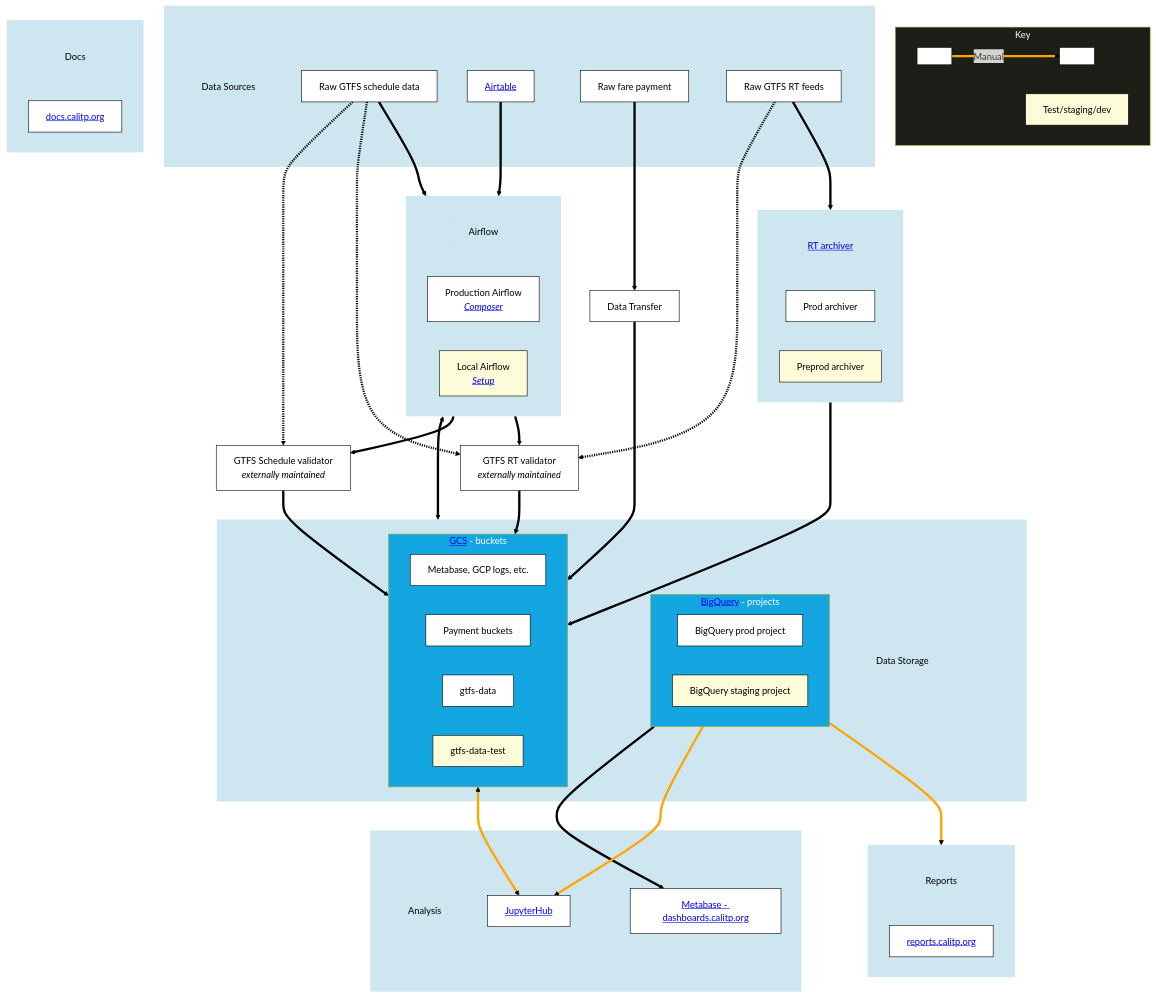
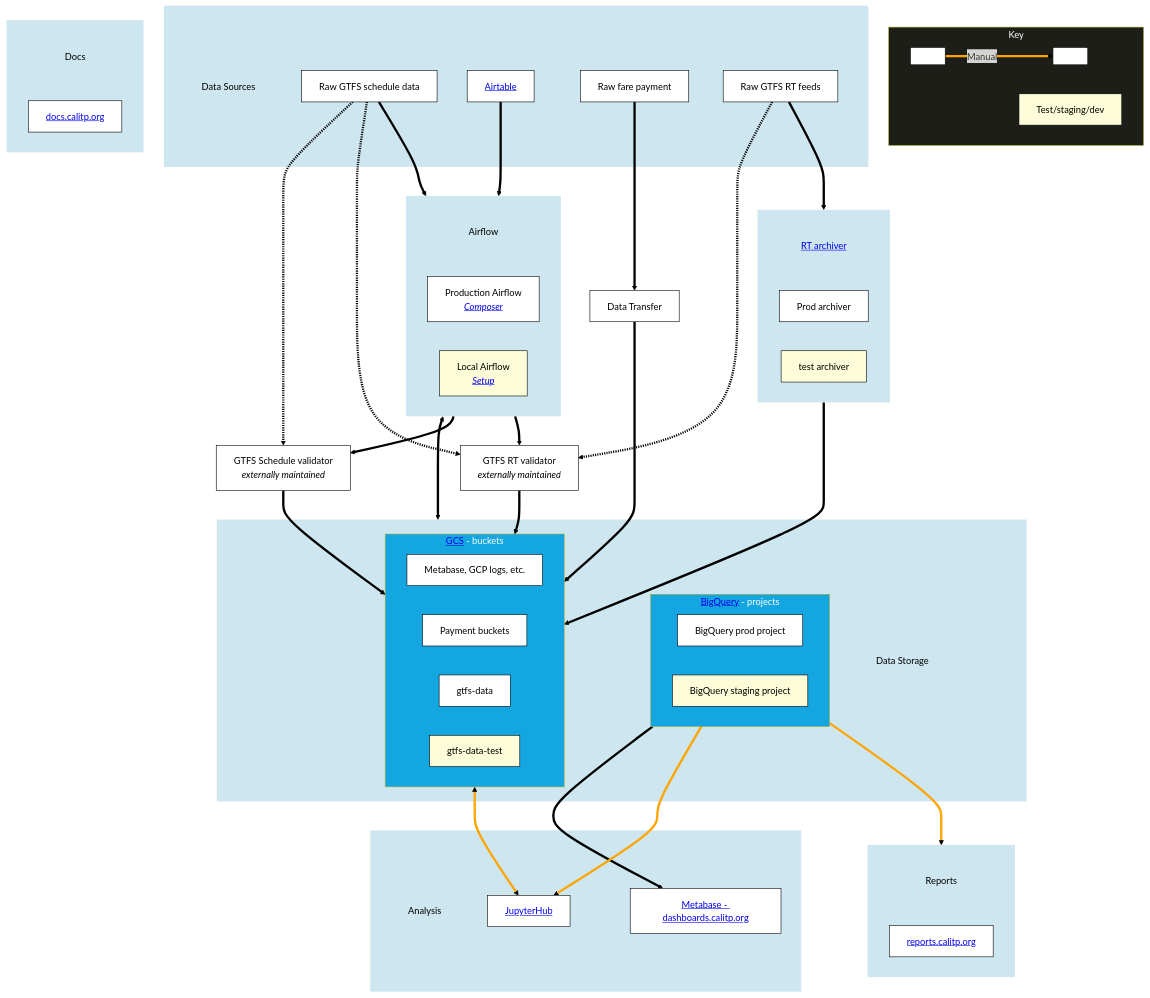
One commit to cal-itp/data-infra changed the diagram in docs/architecture/architecture_overview.md. Above: the diagram before and after it, drawn with Mermaid. The commit also changed 7 other files, not shown here.

Commit message:
rename preprod to test

```diff
--- a/docs/architecture/architecture_overview.md
+++ b/docs/architecture/architecture_overview.md
@@ -38,7 +38,7 @@
     subgraph rt_archiver[ ]
         rt_archiver_label[<a href='https://github.com/cal-itp/data-infra/tree/main/services/gtfs-rt-archive'>RT archiver</a>]
         prod_rt_archiver[Prod archiver]
-        prepod_rt_archiver[Preprod archiver]
+        prepod_rt_archiver[test archiver]
     end
     subgraph reports[ ]
         reports_label[Reports]
```
